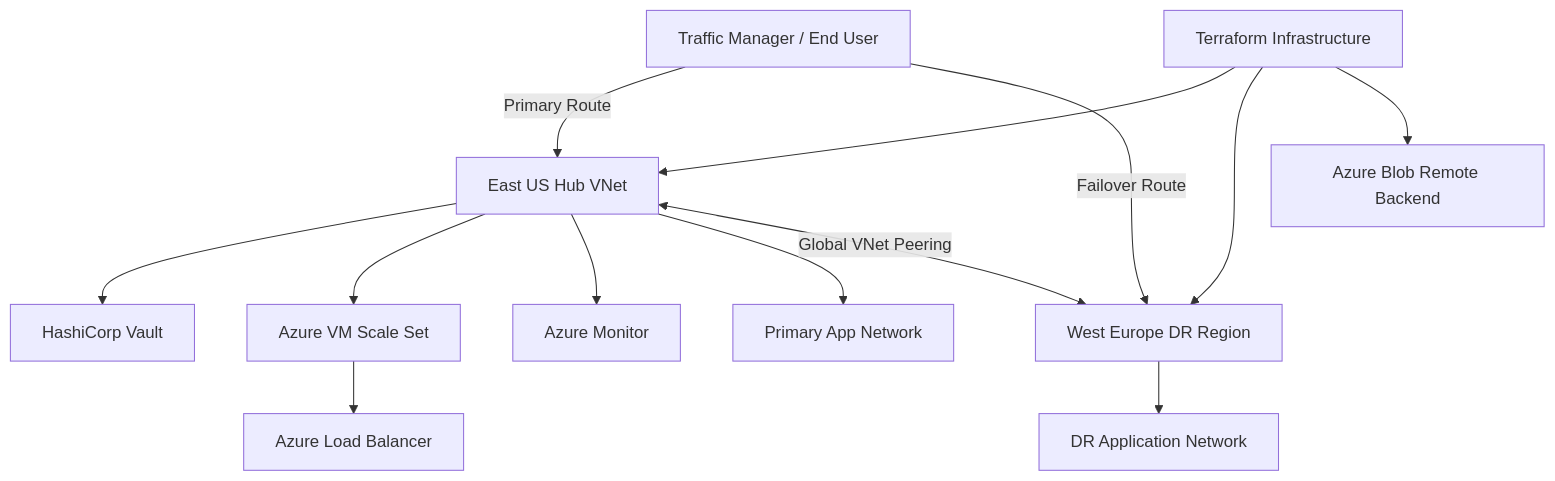
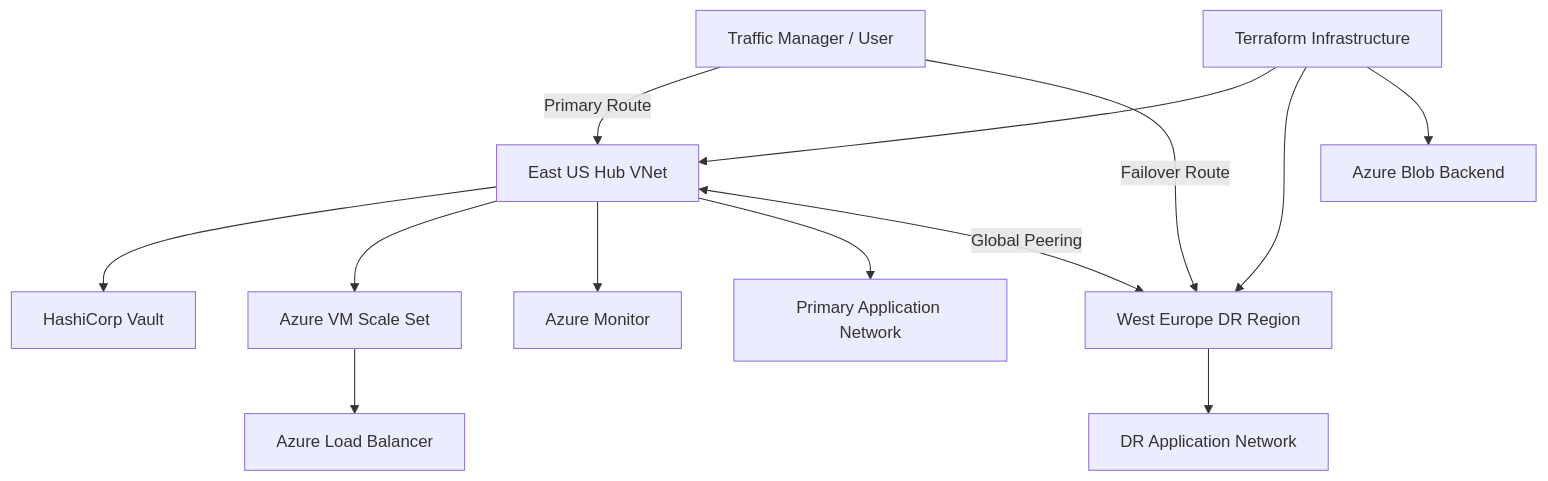
The diagram in README.md (akamitt009/secure-multi-region-infrastructure-automation), drawn with Mermaid before and after one commit. The commit also changed other lines of this file, not shown here.

````diff
--- a/README.md
+++ b/README.md
@@ -112,49 +112,50 @@
 ```mermaid
 graph TD
 
-User[Traffic Manager / End User]
+User[Traffic Manager / User]
 
 Primary[East US Hub VNet]
 
-DR[West Europe DR Region]
+Secondary[West Europe DR Region]
 
-Spoke1[Primary App Network]
+Spoke1[Primary Application Network]
 
 Spoke2[DR Application Network]
 
 Terraform[Terraform Infrastructure]
 
 Vault[HashiCorp Vault]
 
-Backend[Azure Blob Remote Backend]
+Backend[Azure Blob Backend]
 
 VMSS[Azure VM Scale Set]
 
 LB[Azure Load Balancer]
 
-Monitoring[Azure Monitor]
+Monitor[Azure Monitor]
 
 User -->|Primary Route| Primary
 
-User -->|Failover Route| DR
+User -->|Failover Route| Secondary
 
 Terraform --> Primary
 
-Terraform --> DR
+Terraform --> Secondary
 
 Terraform --> Backend
 
 Primary --> Vault
 
 Primary --> VMSS
 
 VMSS --> LB
 
-Primary --> Monitoring
+Primary --> Monitor
 
 Primary --> Spoke1
 
-DR --> Spoke2
+Secondary --> Spoke2
 
-Primary <-->|Global VNet Peering| DR
+Primary <-->|Global Peering| Secondary
+
 ```
````
